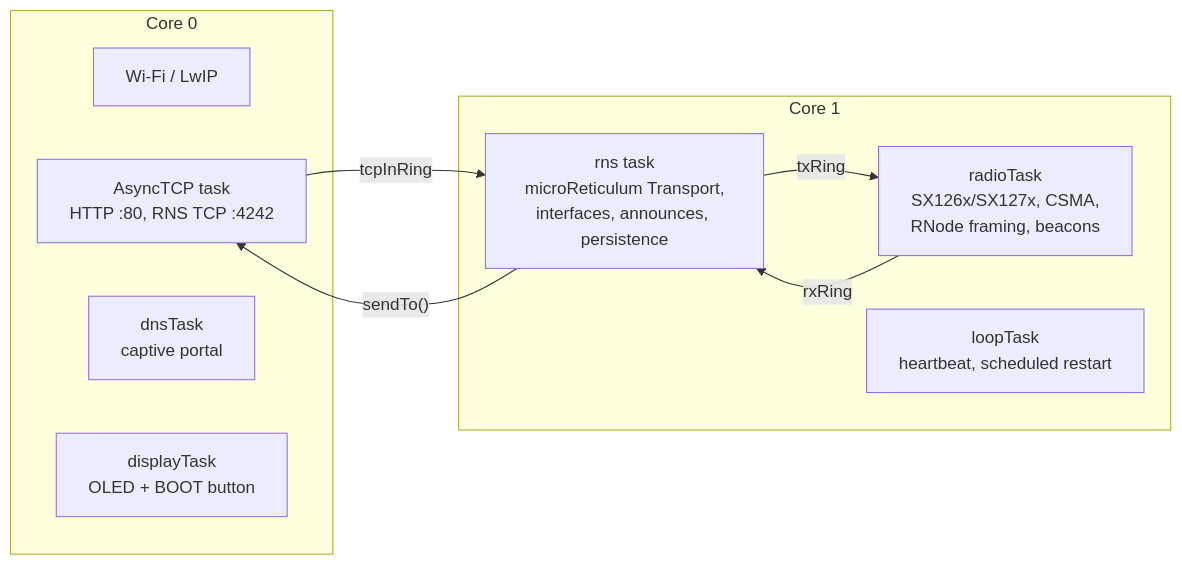
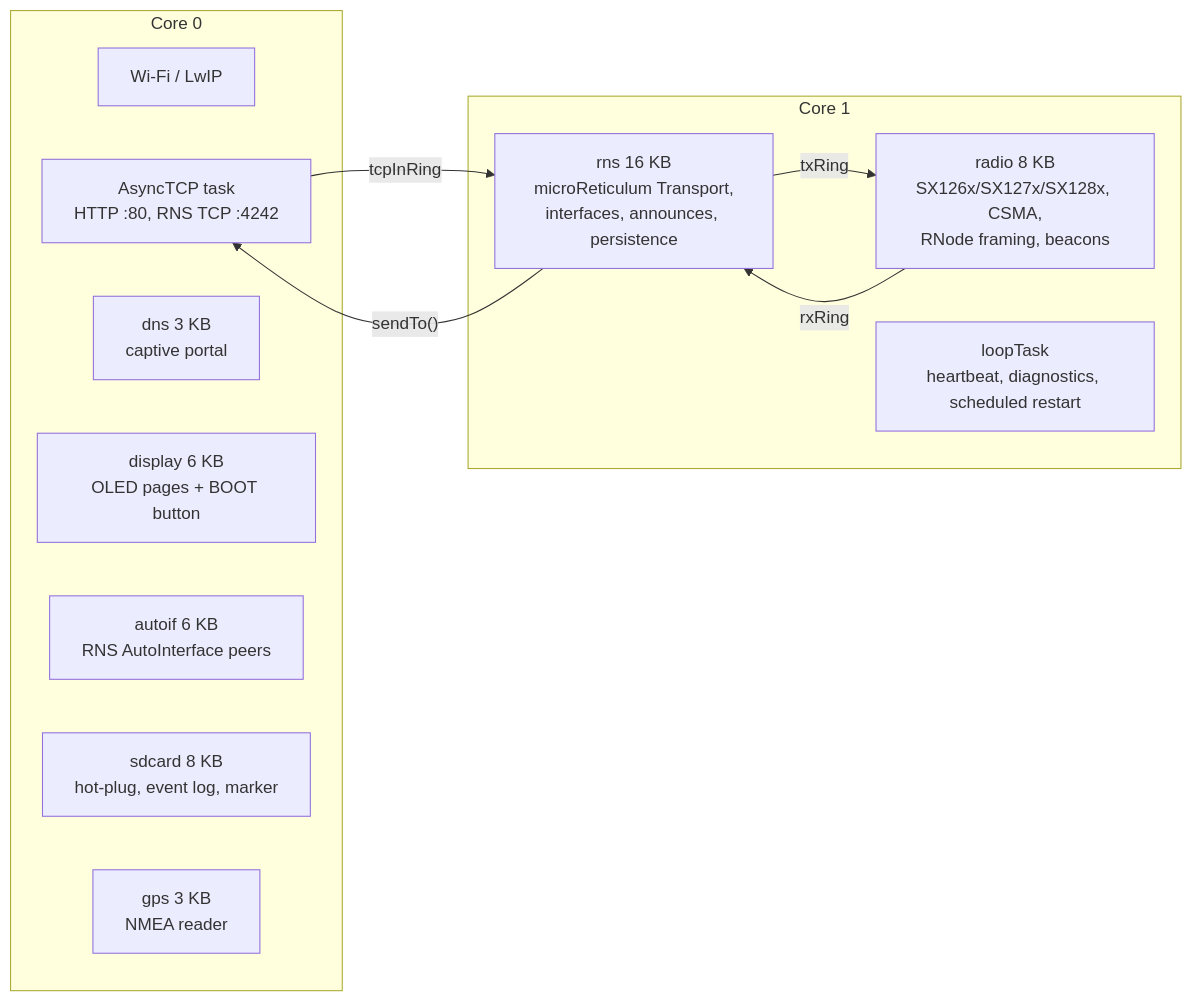
The first of 2 diagrams in docs/architecture.md (dobrevit/RetiMesh_Node), drawn with Mermaid before and after one commit. The commit also changed other lines of this file and 6 other files, not shown here.

````diff
--- a/docs/architecture.md
+++ b/docs/architecture.md
@@ -13,18 +13,21 @@
 ```mermaid
 flowchart LR
   subgraph core0[Core 0]
     WIFI[Wi-Fi / LwIP]
     ATCP[AsyncTCP task<br/>HTTP :80, RNS TCP :4242]
-    DNS[dnsTask<br/>captive portal]
-    DISP[displayTask<br/>OLED + BOOT button]
+    DNS[dns 3 KB<br/>captive portal]
+    DISP[display 6 KB<br/>OLED pages + BOOT button]
+    AUTO[autoif 6 KB<br/>RNS AutoInterface peers]
+    SD[sdcard 8 KB<br/>hot-plug, event log, marker]
+    GPS[gps 3 KB<br/>NMEA reader]
   end
   subgraph core1[Core 1]
-    RADIO[radioTask<br/>SX126x/SX127x, CSMA,<br/>RNode framing, beacons]
-    RNS[rns task<br/>microReticulum Transport,<br/>interfaces, announces, persistence]
-    LOOP[loopTask<br/>heartbeat, scheduled restart]
+    RADIO[radio 8 KB<br/>SX126x/SX127x/SX128x, CSMA,<br/>RNode framing, beacons]
+    RNS[rns 16 KB<br/>microReticulum Transport,<br/>interfaces, announces, persistence]
+    LOOP[loopTask<br/>heartbeat, diagnostics, scheduled restart]
   end
   ATCP -- tcpInRing --> RNS
   RNS -- sendTo() --> ATCP
   RADIO -- rxRing --> RNS
   RNS -- txRing --> RADIO
 ```
````
